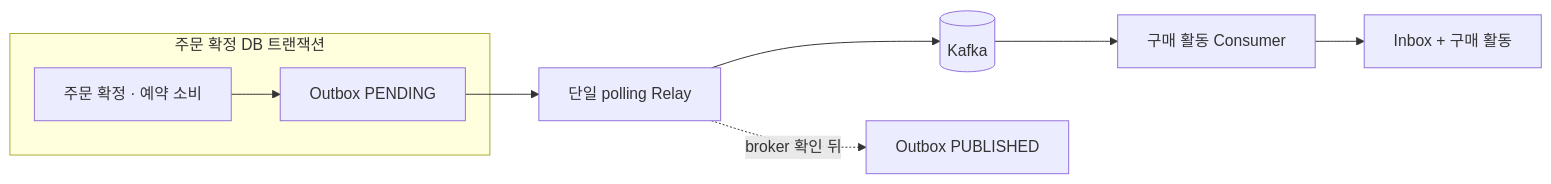
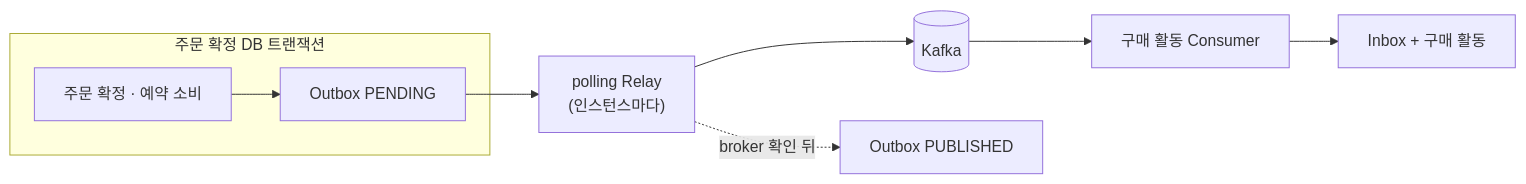
Before and after one commit to loopers-labs/loop-pack-be-l2-vol5-java: the first of 4 diagrams in apps/commerce-api/docs/order-confirmed-outbox-design.md, drawn with Mermaid. The commit also changed other lines of this file and 6 other files, not shown here.

````diff
--- a/apps/commerce-api/docs/order-confirmed-outbox-design.md
+++ b/apps/commerce-api/docs/order-confirmed-outbox-design.md
@@ -7,10 +7,10 @@
 ```mermaid
 flowchart LR
   subgraph TX["주문 확정 DB 트랜잭션"]
     ORDER["주문 확정 · 예약 소비"] --> OUTBOX["Outbox PENDING"]
   end
-  OUTBOX --> RELAY["단일 polling Relay"] --> KAFKA[(Kafka)]
+  OUTBOX --> RELAY["polling Relay<br/>(인스턴스마다)"] --> KAFKA[(Kafka)]
   KAFKA --> CONSUMER["구매 활동 Consumer"]
   CONSUMER --> INBOX["Inbox + 구매 활동"]
   RELAY -. "broker 확인 뒤" .-> PUBLISHED["Outbox PUBLISHED"]
 ```
````
